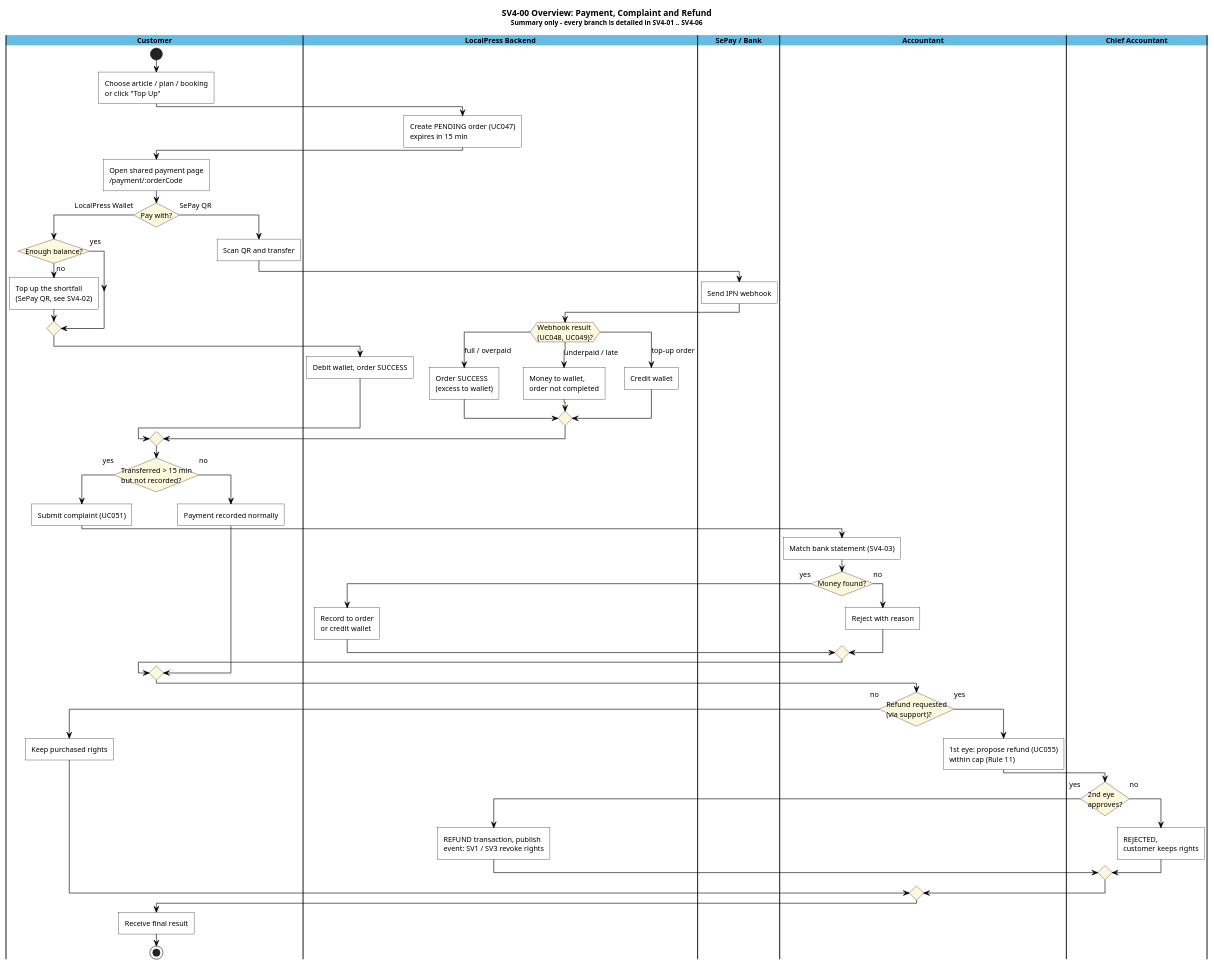
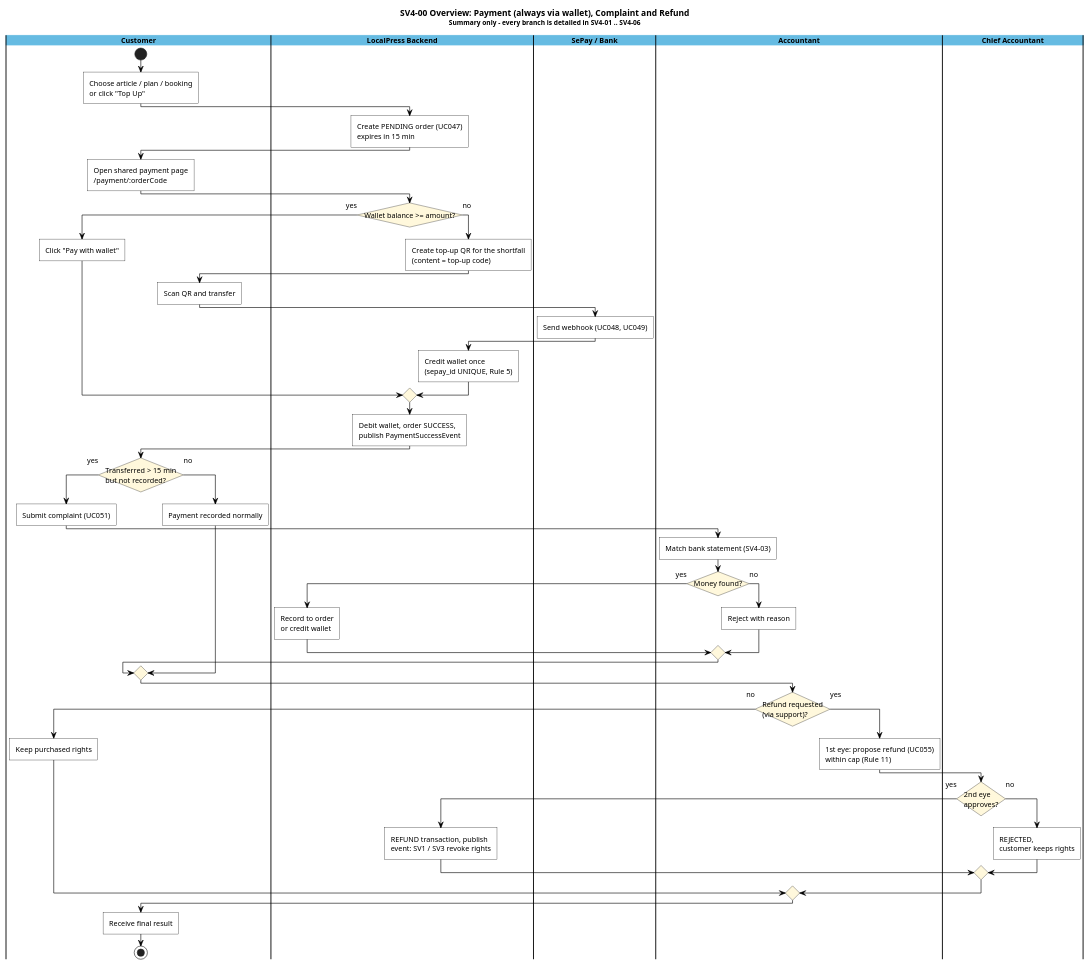
The diagram in docs/sv4/02_source/swimlane_sv4_00_overview.puml (huyz4nny/SWP391_LOCALPRESS-REVENUE-TRUST-PLATFORM), drawn with PlantUML before and after one commit. The commit also changed 189 other files, not shown here.

```diff
--- a/docs/sv4/02_source/swimlane_sv4_00_overview.puml
+++ b/docs/sv4/02_source/swimlane_sv4_00_overview.puml
@@ -1,112 +1,106 @@
 @startuml swimlane_sv4_00_overview
-title SV4-00 Overview: Payment, Complaint and Refund\n<size:11>Summary only - every branch is detailed in SV4-01 .. SV4-06</size>
+title SV4-00 Overview: Payment (always via wallet), Complaint and Refund\n<size:11>Summary only - every branch is detailed in SV4-01 .. SV4-06</size>
 
 scale max 4000 width
 skinparam backgroundColor white
 skinparam shadowing false
 skinparam defaultFontName Arial
 skinparam defaultFontSize 12
 skinparam ArrowColor #000000
 skinparam conditionStyle InsideDiamond
 skinparam roundCorner 0
 skinparam swimlane {
   BorderColor #000000
   TitleBackgroundColor #66BBE2
   TitleFontStyle bold
 }
 skinparam activity {
   BackgroundColor white
   BorderColor #000000
   DiamondBackgroundColor #FFF8DC
   DiamondBorderColor #000000
 }
 skinparam note {
   BackgroundColor #FFFFE0
   BorderColor #999999
 }
 
 |Customer|
 |LocalPress Backend|
 |SePay / Bank|
 |Accountant|
 |Chief Accountant|
 
 |Customer|
 start
 :Choose article / plan / booking
 or click "Top Up";
 |LocalPress Backend|
 :Create PENDING order (UC047)
 expires in 15 min;
 |Customer|
 :Open shared payment page
 /payment/:orderCode;
-if (Pay with?) then (LocalPress Wallet)
-  if (Enough balance?) then (yes)
-  else (no)
-    :Top up the shortfall
-(SePay QR, see SV4-02);
-  endif
+|LocalPress Backend|
+if (Wallet balance >= amount?) then (yes)
+  |Customer|
+  :Click "Pay with wallet";
+else (no)
   |LocalPress Backend|
-  :Debit wallet, order SUCCESS;
-else (SePay QR)
+  :Create top-up QR for the shortfall
+(content = top-up code);
   |Customer|
   :Scan QR and transfer;
   |SePay / Bank|
-  :Send IPN webhook;
+  :Send webhook (UC048, UC049);
   |LocalPress Backend|
-  switch (Webhook result\n(UC048, UC049)?)
-  case (full / overpaid)
-    :Order SUCCESS
-(excess to wallet);
-  case (underpaid / late)
-    :Money to wallet,
-order not completed;
-  case (top-up order)
-    :Credit wallet;
-  endswitch
+  :Credit wallet once
+(sepay_id UNIQUE, Rule 5);
 endif
+|LocalPress Backend|
+:Debit wallet, order SUCCESS,
+publish PaymentSuccessEvent;
 |Customer|
 if (Transferred > 15 min
 but not recorded?) then (yes)
   :Submit complaint (UC051);
   |Accountant|
   :Match bank statement (SV4-03);
   if (Money found?) then (yes)
     |LocalPress Backend|
     :Record to order
 or credit wallet;
   else (no)
     |Accountant|
     :Reject with reason;
   endif
 else (no)
   |Customer|
   :Payment recorded normally;
 endif
 |Accountant|
 if (Refund requested
 (via support)?) then (no)
   |Customer|
   :Keep purchased rights;
 else (yes)
   |Accountant|
   :1st eye: propose refund (UC055)
 within cap (Rule 11);
   |Chief Accountant|
   if (2nd eye
 approves?) then (yes)
     |LocalPress Backend|
     :REFUND transaction, publish
 event: SV1 / SV3 revoke rights;
   else (no)
     |Chief Accountant|
     :REJECTED,
 customer keeps rights;
   endif
 endif
 |Customer|
 :Receive final result;
 stop
 
 @enduml
```
